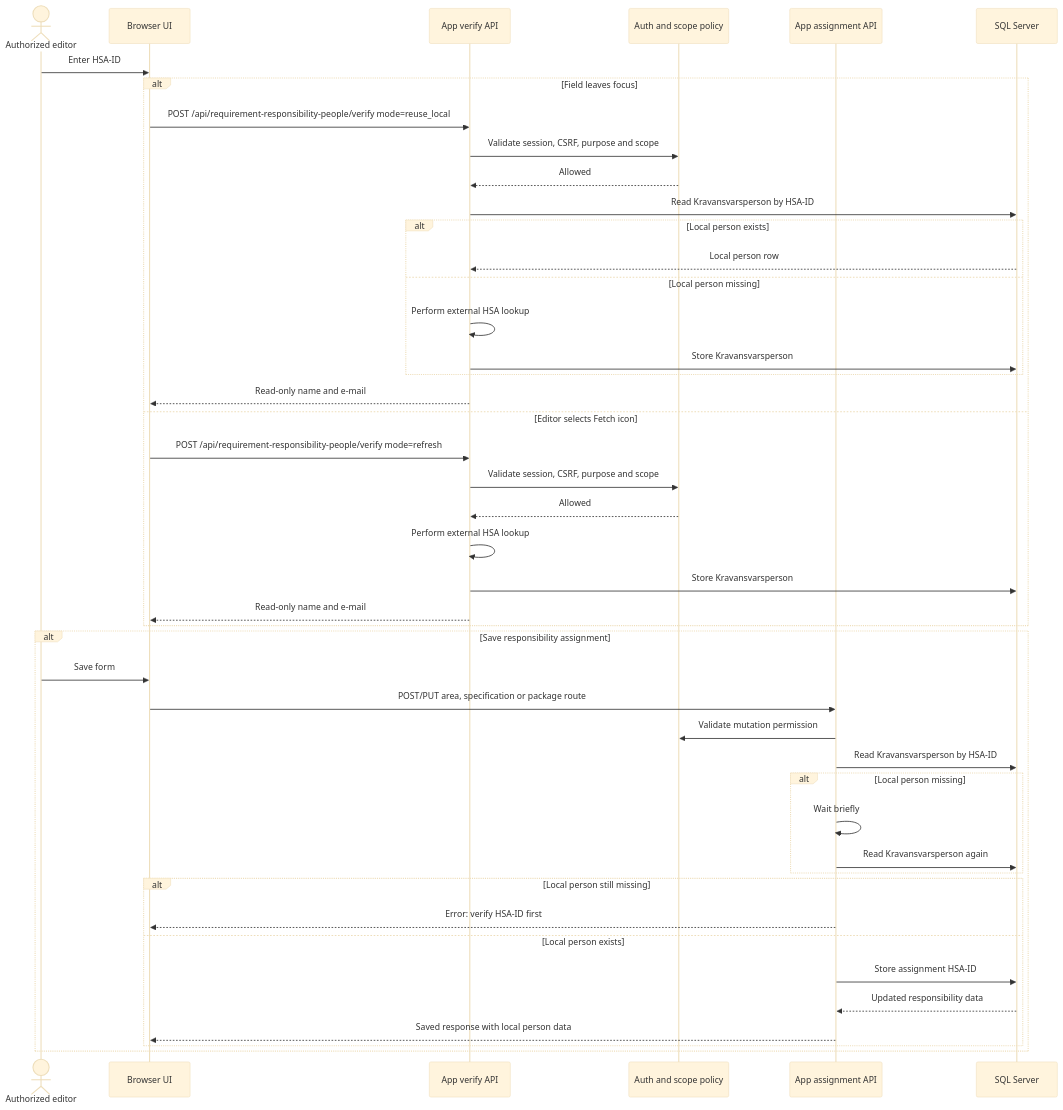
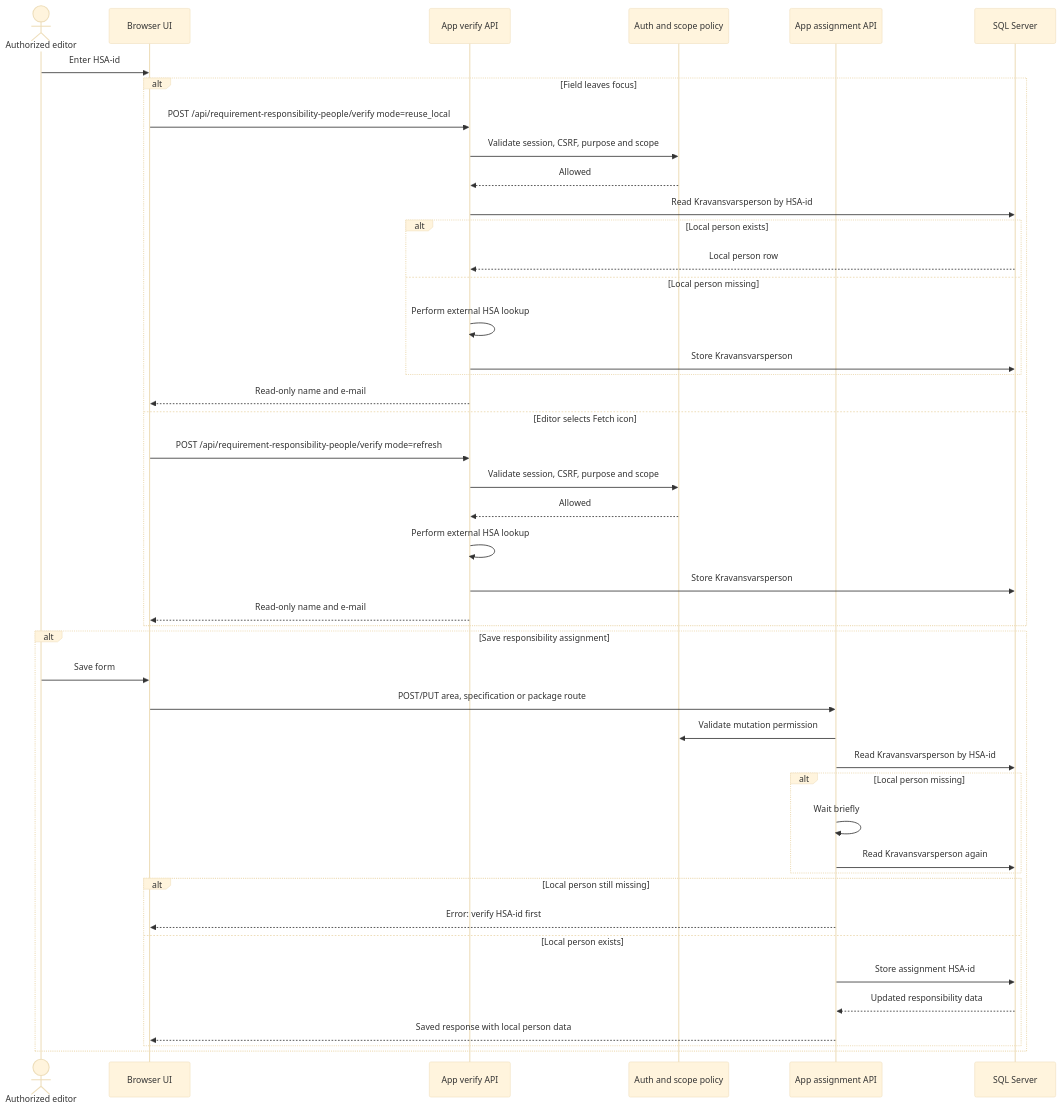
Before and after one commit to viscalyx/Kravhantering: the second of 2 diagrams in docs/hsa-person-lookup-integration.md, drawn with Mermaid (base theme). The commit also changed other lines of this file and 103 other files, not shown here.

````diff
--- a/docs/hsa-person-lookup-integration.md
+++ b/docs/hsa-person-lookup-integration.md
@@ -108,49 +108,49 @@
 ```mermaid
 sequenceDiagram
     actor Editor as Authorized editor
     participant UI as Browser UI
     participant Verify as App verify API
     participant Policy as Auth and scope policy
     participant Save as App assignment API
     participant DB as SQL Server
 
-    Editor->>UI: Enter HSA-ID
+    Editor->>UI: Enter HSA-id
     alt Field leaves focus
         UI->>Verify: POST /api/requirement-responsibility-people/verify mode=reuse_local
         Verify->>Policy: Validate session, CSRF, purpose and scope
         Policy-->>Verify: Allowed
-        Verify->>DB: Read Kravansvarsperson by HSA-ID
+        Verify->>DB: Read Kravansvarsperson by HSA-id
         alt Local person exists
             DB-->>Verify: Local person row
         else Local person missing
             Verify->>Verify: Perform external HSA lookup
             Verify->>DB: Store Kravansvarsperson
         end
         Verify-->>UI: Read-only name and e-mail
     else Editor selects Fetch icon
         UI->>Verify: POST /api/requirement-responsibility-people/verify mode=refresh
         Verify->>Policy: Validate session, CSRF, purpose and scope
         Policy-->>Verify: Allowed
         Verify->>Verify: Perform external HSA lookup
         Verify->>DB: Store Kravansvarsperson
         Verify-->>UI: Read-only name and e-mail
     end
 
     alt Save responsibility assignment
         Editor->>UI: Save form
         UI->>Save: POST/PUT area, specification or package route
         Save->>Policy: Validate mutation permission
-        Save->>DB: Read Kravansvarsperson by HSA-ID
+        Save->>DB: Read Kravansvarsperson by HSA-id
         alt Local person missing
             Save->>Save: Wait briefly
             Save->>DB: Read Kravansvarsperson again
         end
         alt Local person still missing
-            Save-->>UI: Error: verify HSA-ID first
+            Save-->>UI: Error: verify HSA-id first
         else Local person exists
-            Save->>DB: Store assignment HSA-ID
+            Save->>DB: Store assignment HSA-id
             DB-->>Save: Updated responsibility data
             Save-->>UI: Saved response with local person data
         end
     end
 ```
````
